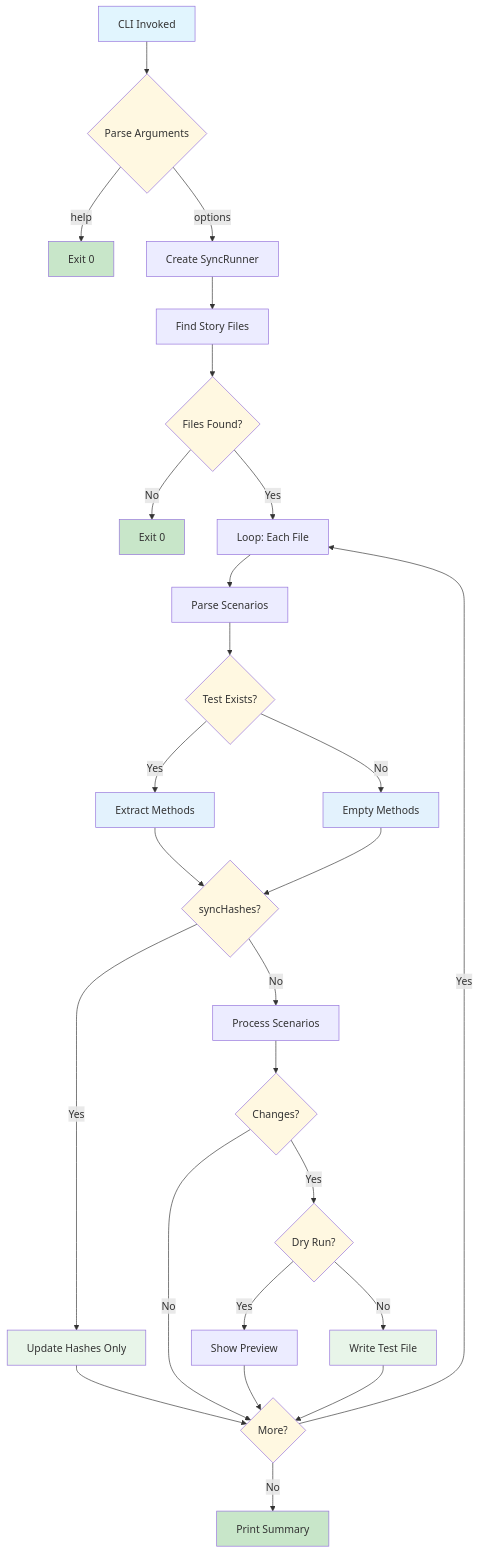
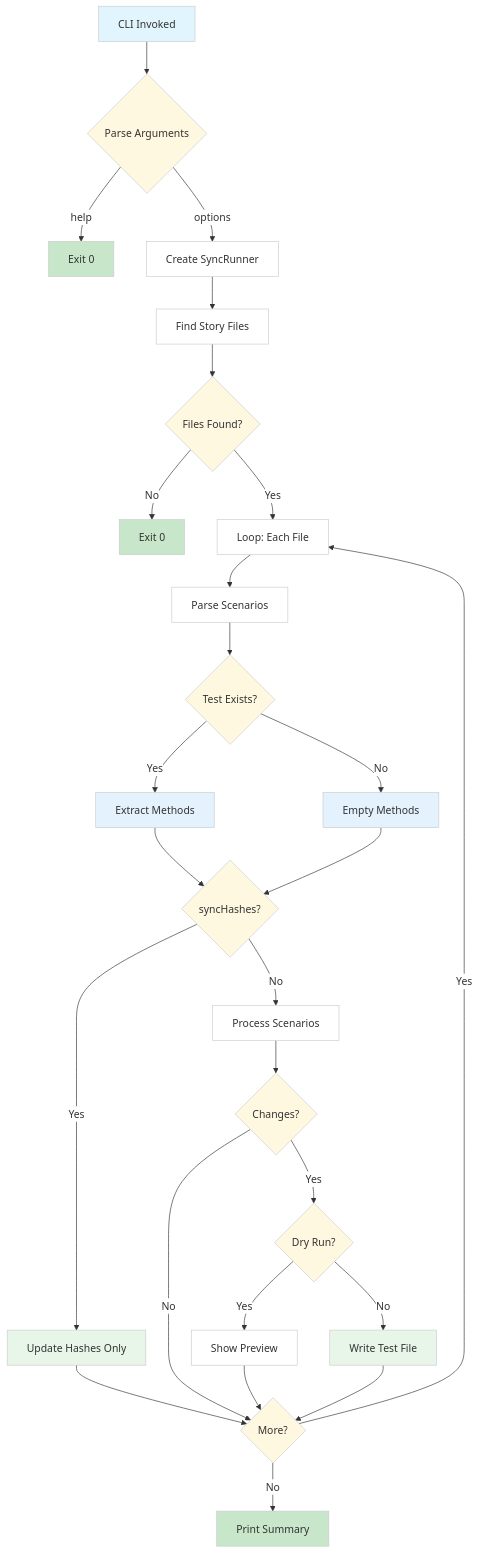
Before and after one commit to renedekat/verteller: the diagram in README.md, drawn with Mermaid. The commit also changed 1 other file, not shown here.

Commit message:
docs: force white background for dark mode

````diff
--- a/README.md
+++ b/README.md
@@ -195,50 +195,51 @@
 ```mermaid
+%%{init: {'theme': 'base', 'themeVariables': {'primaryColor': '#ffffff', 'background': '#ffffff', 'primaryBorderColor': '#cccccc', 'lineColor': '#333333', 'primaryTextColor': '#333333'}}}%%
 flowchart TD
     A[CLI Invoked] --> B{Parse Arguments}
     B -->|help| C[Exit 0]
     B -->|options| D[Create SyncRunner]
 
     D --> E[Find Story Files]
     E --> F{Files Found?}
     F -->|No| G[Exit 0]
     F -->|Yes| H[Loop: Each File]
 
     H --> I[Parse Scenarios]
     I --> J{Test Exists?}
     J -->|Yes| K[Extract Methods]
     J -->|No| L[Empty Methods]
 
     K --> M{syncHashes?}
     L --> M
 
     M -->|Yes| N[Update Hashes Only]
     N --> NEXT
 
     M -->|No| O[Process Scenarios]
     O --> P{Changes?}
     P -->|No| NEXT
     P -->|Yes| Q{Dry Run?}
     Q -->|Yes| R[Show Preview]
     Q -->|No| S[Write Test File]
 
     R --> NEXT
     S --> NEXT
     NEXT{More?} -->|Yes| H
     NEXT -->|No| T[Print Summary]
 
     style A fill:#e1f5fe
     style C fill:#c8e6c9
     style G fill:#c8e6c9
     style T fill:#c8e6c9
     style B fill:#fff8e1
     style F fill:#fff8e1
     style J fill:#fff8e1
     style M fill:#fff8e1
     style P fill:#fff8e1
     style Q fill:#fff8e1
     style NEXT fill:#fff8e1
     style S fill:#e8f5e9
     style N fill:#e8f5e9
     style K fill:#e3f2fd
     style L fill:#e3f2fd
 ```
````
